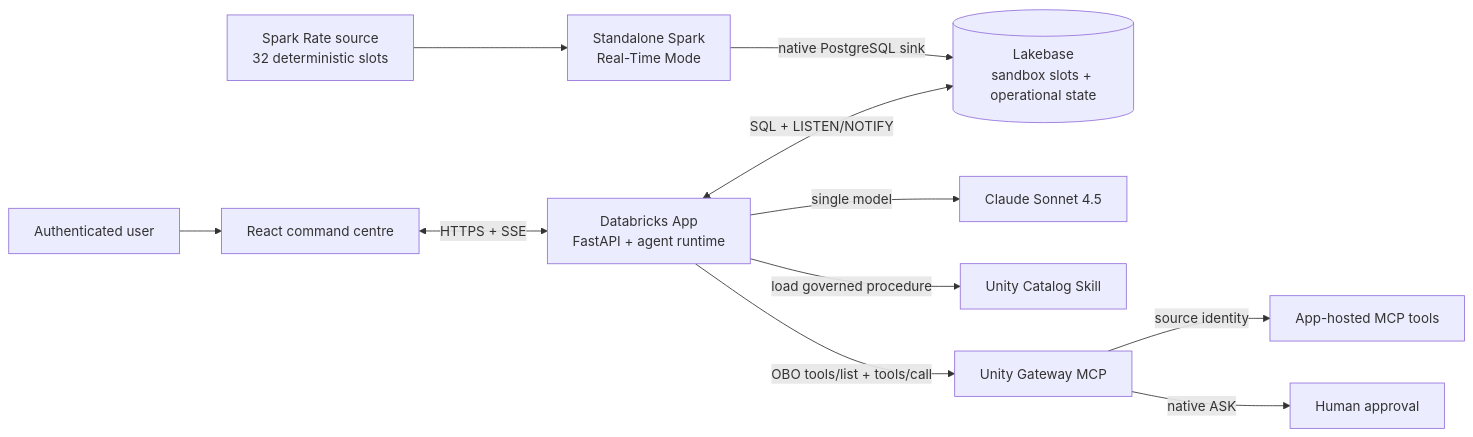
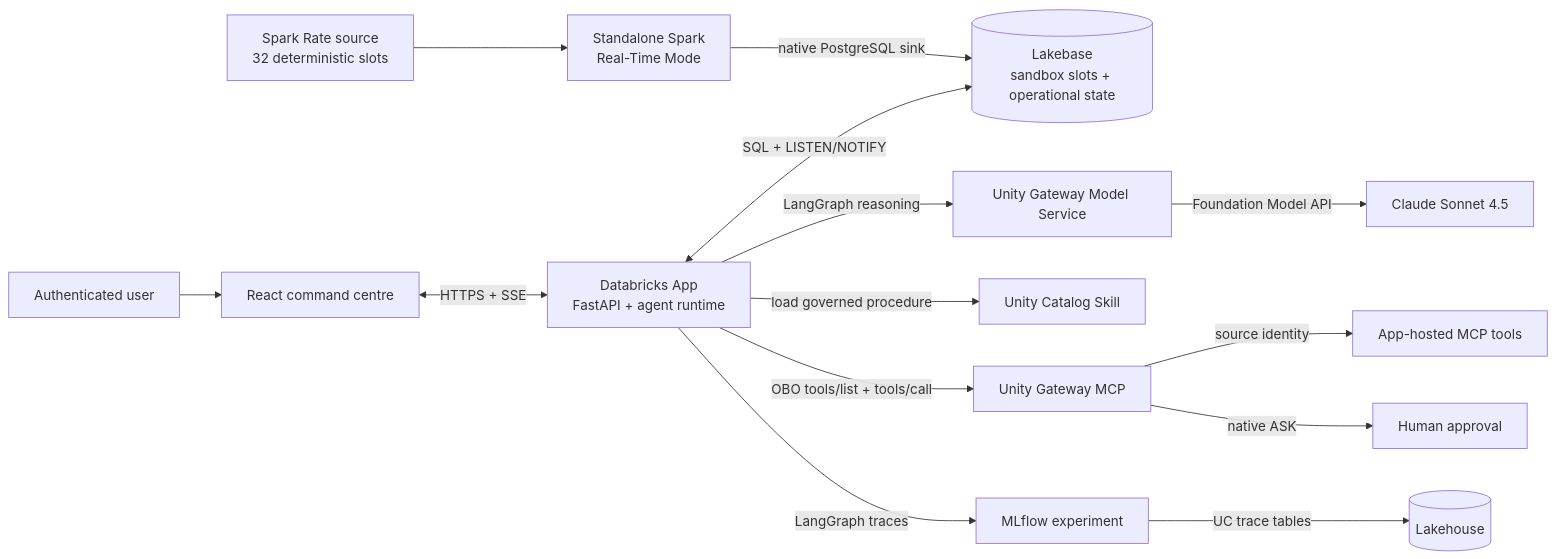
One commit to dan-keeling-databricks/asset-reliability-command-center changed the diagram in docs/ARCHITECTURE.md. Above: the diagram before and after it, drawn with Mermaid. The commit also changed other lines of this file and 3 other files, not shown here.

Commit message:
Document portable governed LangGraph architecture

````diff
--- a/docs/ARCHITECTURE.md
+++ b/docs/ARCHITECTURE.md
@@ -16,16 +16,19 @@
 ```mermaid
 flowchart LR
     RATE[Spark Rate source<br/>32 deterministic slots] --> RTM[Standalone Spark<br/>Real-Time Mode]
     RTM -->|native PostgreSQL sink| LB
     LB[(Lakebase<br/>sandbox slots + operational state)]
 
     USER[Authenticated user] --> UI[React command centre]
     UI <-->|HTTPS + SSE| APP[Databricks App<br/>FastAPI + agent runtime]
     APP <-->|SQL + LISTEN/NOTIFY| LB
 
-    APP -->|single model| SONNET[Claude Sonnet 4.5]
+    APP -->|LangGraph reasoning| MS[Unity Gateway Model Service]
+    MS -->|Foundation Model API| SONNET[Claude Sonnet 4.5]
     APP -->|load governed procedure| SKILL[Unity Catalog Skill]
     APP -->|OBO tools/list + tools/call| GW[Unity Gateway MCP]
     GW -->|source identity| MCP[App-hosted MCP tools]
     GW -->|native ASK| APPROVAL[Human approval]
+    APP -->|LangGraph traces| MLFLOW[MLflow experiment]
+    MLFLOW -->|UC trace tables| LH[(Lakehouse)]
 ```
````
